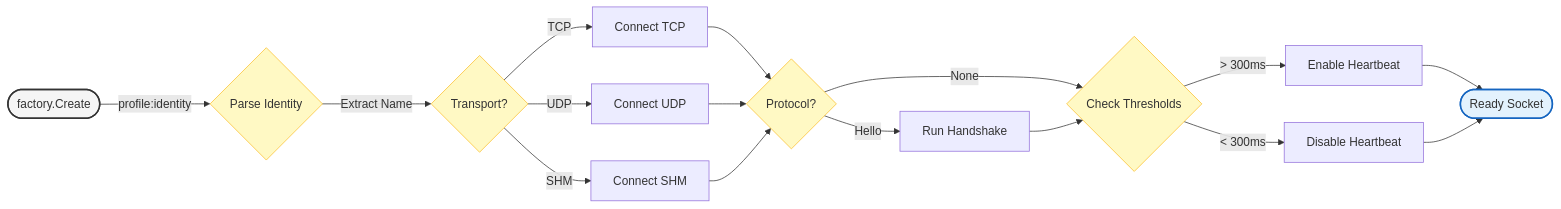
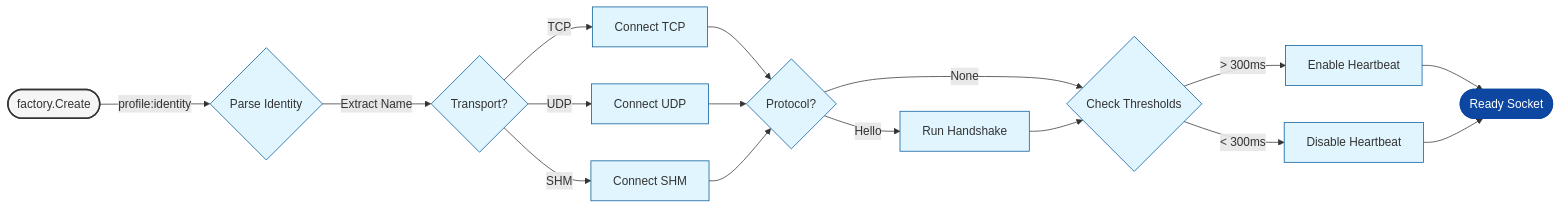
One commit to Bastien-Antigravity/safe-socket changed the diagram in ARCHITECTURE.md. Above: the diagram before and after it, drawn with Mermaid.

Commit message:
docs: update architecture diagram styles and add new node definitions

````diff
--- a/ARCHITECTURE.md
+++ b/ARCHITECTURE.md
@@ -15,33 +15,39 @@
 ```mermaid
 flowchart LR
     Start([factory.Create]) -- "profile:identity" --> Parse{Parse Identity}
     
     Parse -- "Extract Name" --> Transport{Transport?}
     
     Transport -- "TCP" --> DialTCP[Connect TCP]
     Transport -- "UDP" --> DialUDP[Connect UDP]
     Transport -- "SHM" --> DialSHM[Connect SHM]
     
     DialTCP --> Proto{Protocol?}
     DialUDP --> Proto
     DialSHM --> Proto
     
     Proto -- "Hello" --> Handshake[Run Handshake]
     Proto -- "None" --> Heartbeat{Check Thresholds}
     
     Handshake --> Heartbeat
     
     Heartbeat -- "> 300ms" --> EnableHB[Enable Heartbeat]
     Heartbeat -- "< 300ms" --> DisableHB[Disable Heartbeat]
     
     EnableHB --> Result([Ready Socket])
     DisableHB --> Result
     
     %% Styles
     style Start fill:#f5f5f5,stroke:#333,stroke-width:2px
-    style Result fill:#e3f2fd,stroke:#1565c0,stroke-width:2px
-    style Parse fill:#fff9c4,stroke:#fbc02d
-    style Transport fill:#fff9c4,stroke:#fbc02d
-    style Proto fill:#fff9c4,stroke:#fbc02d
-    style Heartbeat fill:#fff9c4,stroke:#fbc02d
+    style Result fill:#0d47a1,stroke:#0d47a1,stroke-width:2px,color:#fff
+    style Parse fill:#e1f5fe,stroke:#01579b
+    style Transport fill:#e1f5fe,stroke:#01579b
+    style Proto fill:#e1f5fe,stroke:#01579b
+    style Heartbeat fill:#e1f5fe,stroke:#01579b
+    style DialTCP fill:#e1f5fe,stroke:#01579b
+    style DialUDP fill:#e1f5fe,stroke:#01579b
+    style DialSHM fill:#e1f5fe,stroke:#01579b
+    style Handshake fill:#e1f5fe,stroke:#01579b
+    style EnableHB fill:#e1f5fe,stroke:#01579b
+    style DisableHB fill:#e1f5fe,stroke:#01579b
 ```
````
